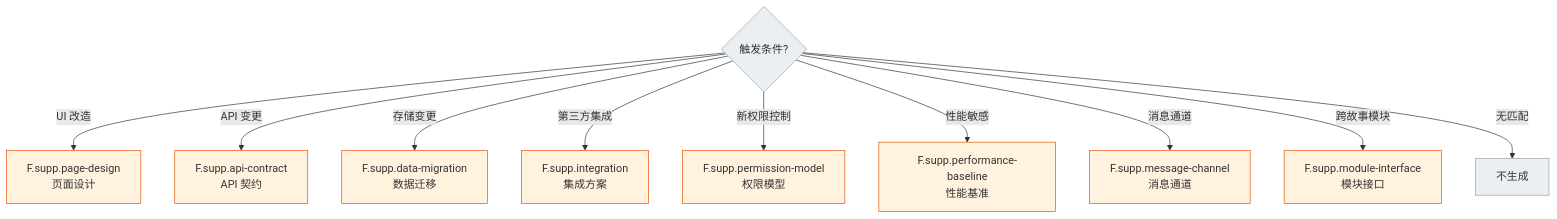
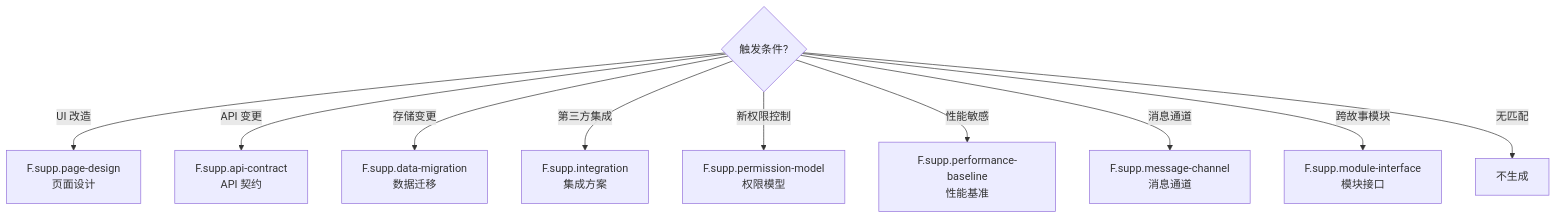
One commit to effiy/YrY changed diagram 12 of 13 in skills/rui/formulas.md. Above: the diagram before and after it, drawn with Mermaid. The commit also changed other lines of this file and 61 other files, not shown here.

````diff
--- a/skills/rui/formulas.md
+++ b/skills/rui/formulas.md
@@ -510,17 +502,15 @@
 ```mermaid
 flowchart TD
     DEC{触发条件?} -->|UI 改造| S_PAGE["F.supp.page-design<br/>页面设计"]
     DEC -->|API 变更| S_API["F.supp.api-contract<br/>API 契约"]
     DEC -->|存储变更| S_DATA["F.supp.data-migration<br/>数据迁移"]
     DEC -->|第三方集成| S_INT["F.supp.integration<br/>集成方案"]
     DEC -->|新权限控制| S_PERM["F.supp.permission-model<br/>权限模型"]
     DEC -->|性能敏感| S_PERF["F.supp.performance-baseline<br/>性能基准"]
     DEC -->|消息通道| S_MSG["F.supp.message-channel<br/>消息通道"]
     DEC -->|跨故事模块| S_MOD["F.supp.module-interface<br/>模块接口"]
     DEC -->|无匹配| SKIP["不生成"]
 
-    classDef supp fill:#fff3e0,stroke:#e65100;
-    classDef nodec fill:#eceff1,stroke:#90a4ae;
     class S_PAGE,S_API,S_DATA,S_INT,S_PERM,S_PERF,S_MSG,S_MOD supp;
     class DEC,SKIP nodec;
 ```
````
